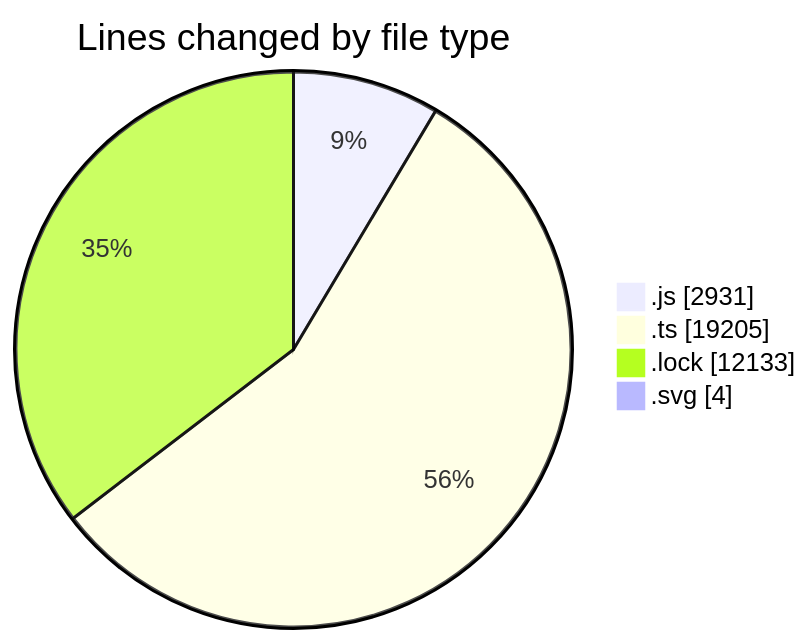
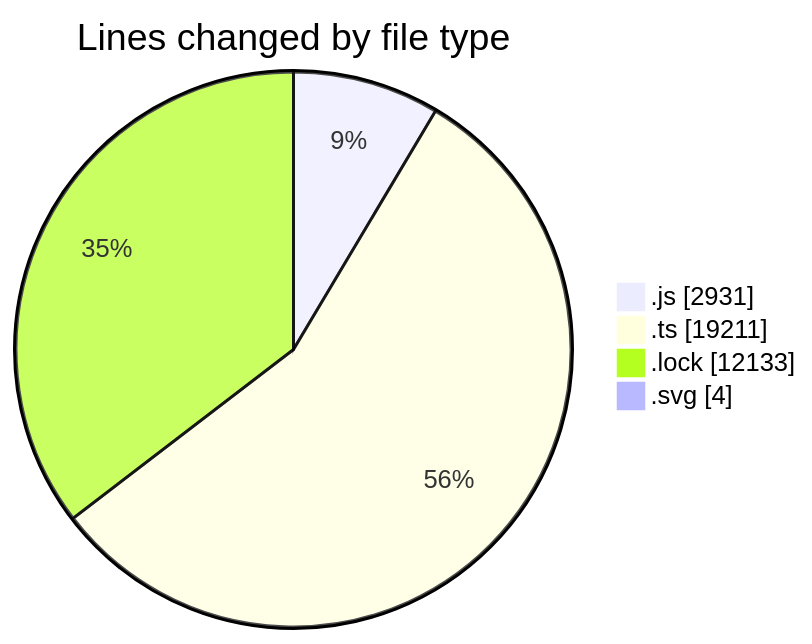
The first of 2 diagrams in 2025-08-12/cda/README.md (momahboobian/code-tracking), drawn with Mermaid before and after one commit. The commit also changed other lines of this file and 1 other file, not shown here.

````diff
--- a/2025-08-12/cda/README.md
+++ b/2025-08-12/cda/README.md
@@ -42,8 +42,8 @@
 ```mermaid
 pie showData
 title Lines changed by file type
 ".js" : 2931
-".ts" : 19205
+".ts" : 19211
 ".lock" : 12133
 ".svg" : 4
 ```
````
